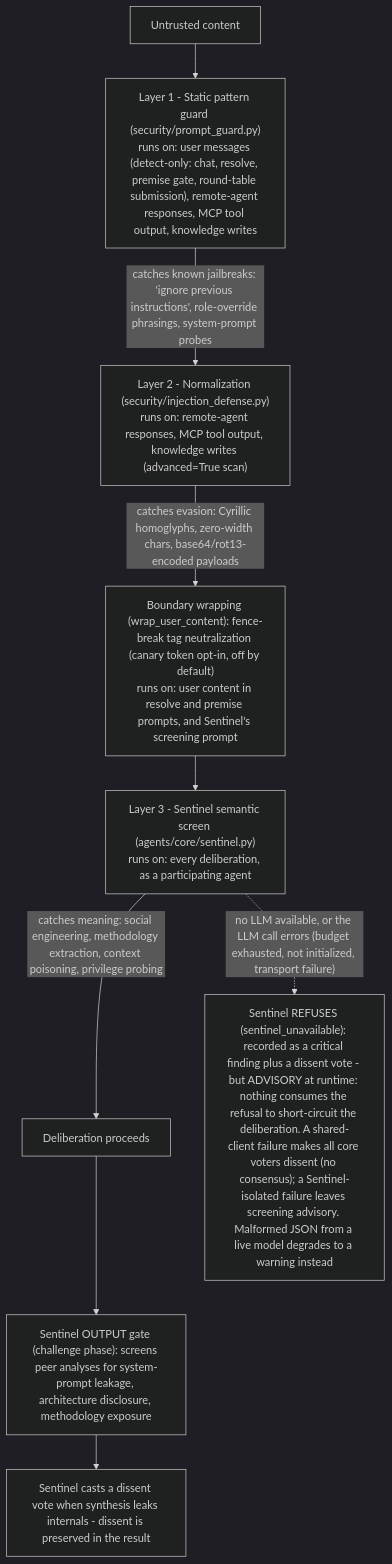
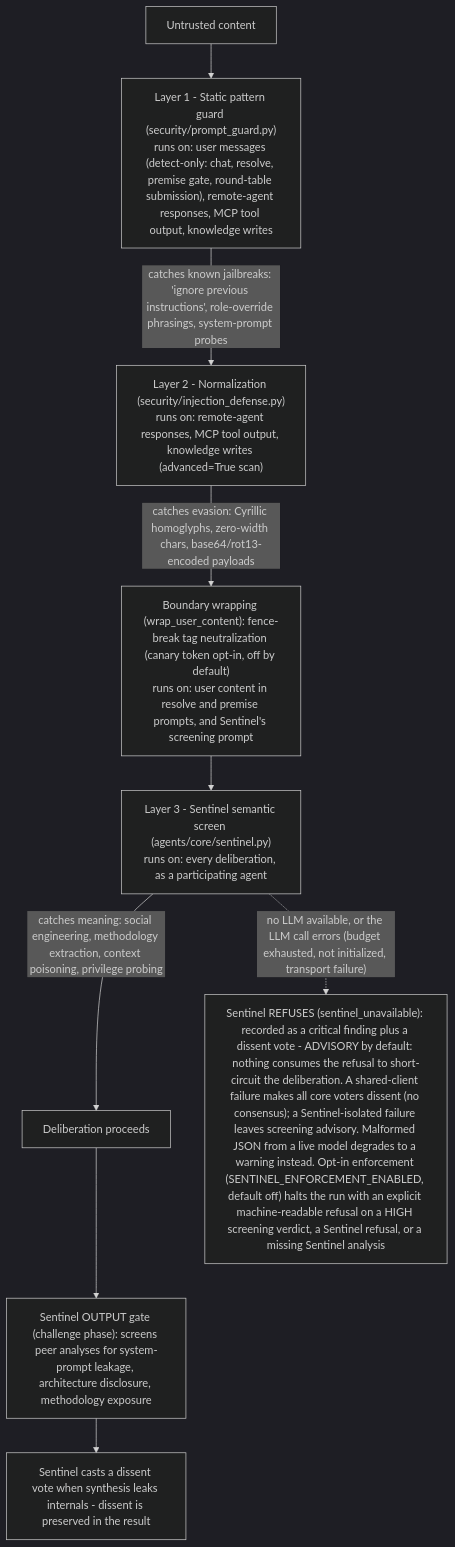
Before and after one commit to KangaKode/aiscaffold: the second of 3 diagrams in docs/SECURITY_MODEL.md, drawn with Mermaid (dark theme). The commit also changed other lines of this file and 17 other files, not shown here.

First line of the commit message:
feat: opt-in Sentinel refusal enforcement (default off) (#92)

````diff
--- a/docs/SECURITY_MODEL.md
+++ b/docs/SECURITY_MODEL.md
@@ -33,11 +33,11 @@
 ```mermaid
 flowchart TD
     Input["Untrusted content"] --> L1["Layer 1 - Static pattern guard (security/prompt_guard.py)<br/>runs on: user messages (detect-only: chat, resolve, premise gate, round-table submission), remote-agent responses, MCP tool output, knowledge writes"]
     L1 -->|"catches known jailbreaks: 'ignore previous instructions', role-override phrasings, system-prompt probes"| L2["Layer 2 - Normalization (security/injection_defense.py)<br/>runs on: remote-agent responses, MCP tool output, knowledge writes (advanced=True scan)"]
     L2 -->|"catches evasion: Cyrillic homoglyphs, zero-width chars, base64/rot13-encoded payloads"| Wrap["Boundary wrapping (wrap_user_content): fence-break tag neutralization (canary token opt-in, off by default)<br/>runs on: user content in resolve and premise prompts, and Sentinel's screening prompt"]
     Wrap --> L3["Layer 3 - Sentinel semantic screen (agents/core/sentinel.py)<br/>runs on: every deliberation, as a participating agent"]
     L3 -->|"catches meaning: social engineering, methodology extraction, context poisoning, privilege probing"| Delib["Deliberation proceeds"]
-    L3 -.->|"no LLM available, or the LLM call errors (budget exhausted, not initialized, transport failure)"| Closed["Sentinel REFUSES (sentinel_unavailable): recorded as a critical finding plus a dissent vote - but ADVISORY at runtime: nothing consumes the refusal to short-circuit the deliberation. A shared-client failure makes all core voters dissent (no consensus); a Sentinel-isolated failure leaves screening advisory. Malformed JSON from a live model degrades to a warning instead"]
+    L3 -.->|"no LLM available, or the LLM call errors (budget exhausted, not initialized, transport failure)"| Closed["Sentinel REFUSES (sentinel_unavailable): recorded as a critical finding plus a dissent vote - ADVISORY by default: nothing consumes the refusal to short-circuit the deliberation. A shared-client failure makes all core voters dissent (no consensus); a Sentinel-isolated failure leaves screening advisory. Malformed JSON from a live model degrades to a warning instead. Opt-in enforcement (SENTINEL_ENFORCEMENT_ENABLED, default off) halts the run with an explicit machine-readable refusal on a HIGH screening verdict, a Sentinel refusal, or a missing Sentinel analysis"]
     Delib --> OutGate["Sentinel OUTPUT gate (challenge phase): screens peer analyses for system-prompt leakage, architecture disclosure, methodology exposure"]
     OutGate --> Vote["Sentinel casts a dissent vote when synthesis leaks internals - dissent is preserved in the result"]
 ```
````
